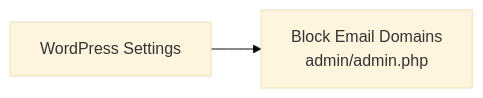
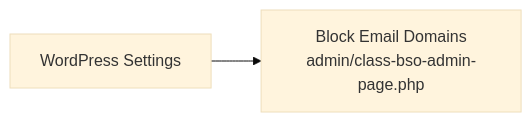
One commit to byteway/bso-wp-blocked-domains changed the third of 11 diagrams in document/Functional_Design.md. Above: the diagram before and after it, drawn with Mermaid (base theme). The commit also changed other lines of this file and 2 other files, not shown here.

````diff
--- a/document/Functional_Design.md
+++ b/document/Functional_Design.md
@@ -138,5 +134,5 @@
 ```mermaid
 graph LR
 	SETTINGS[WordPress Settings]
-	SETTINGS --> BED[Block Email Domains\nadmin/admin.php]
+	SETTINGS --> BED[Block Email Domains\nadmin/class-bso-admin-page.php]
 ```
````
